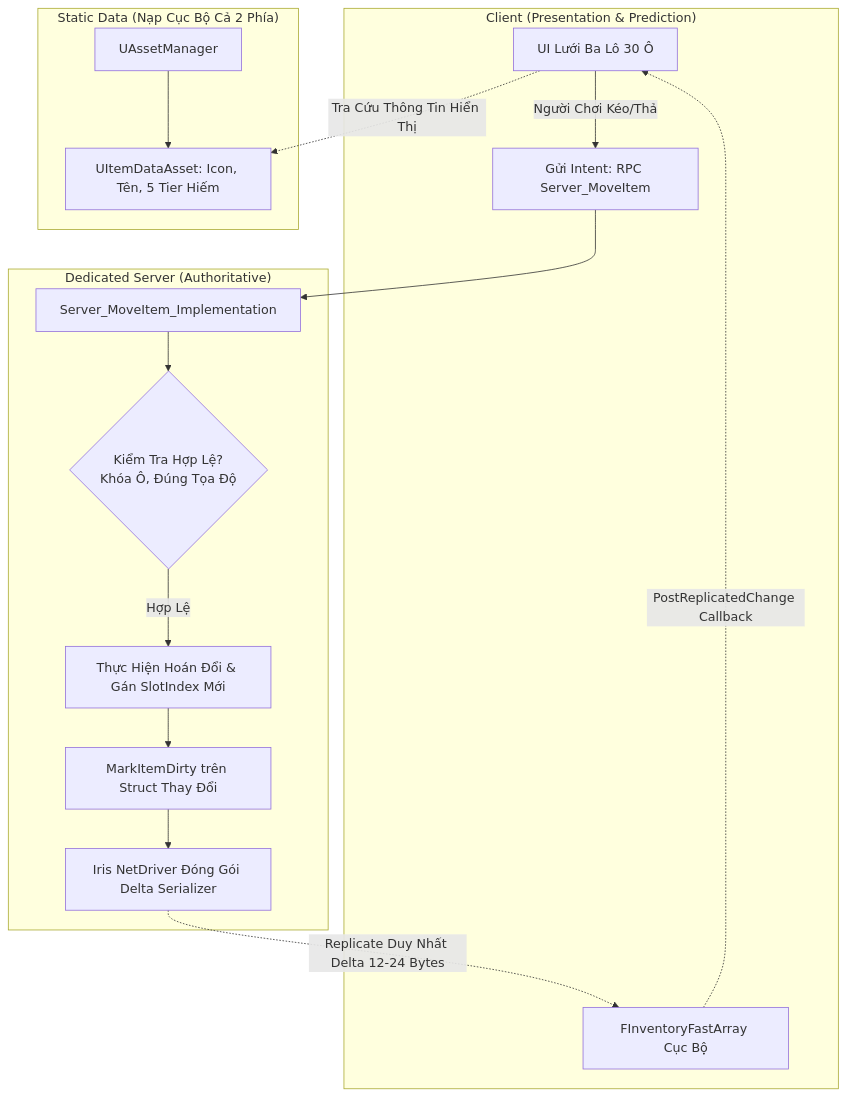
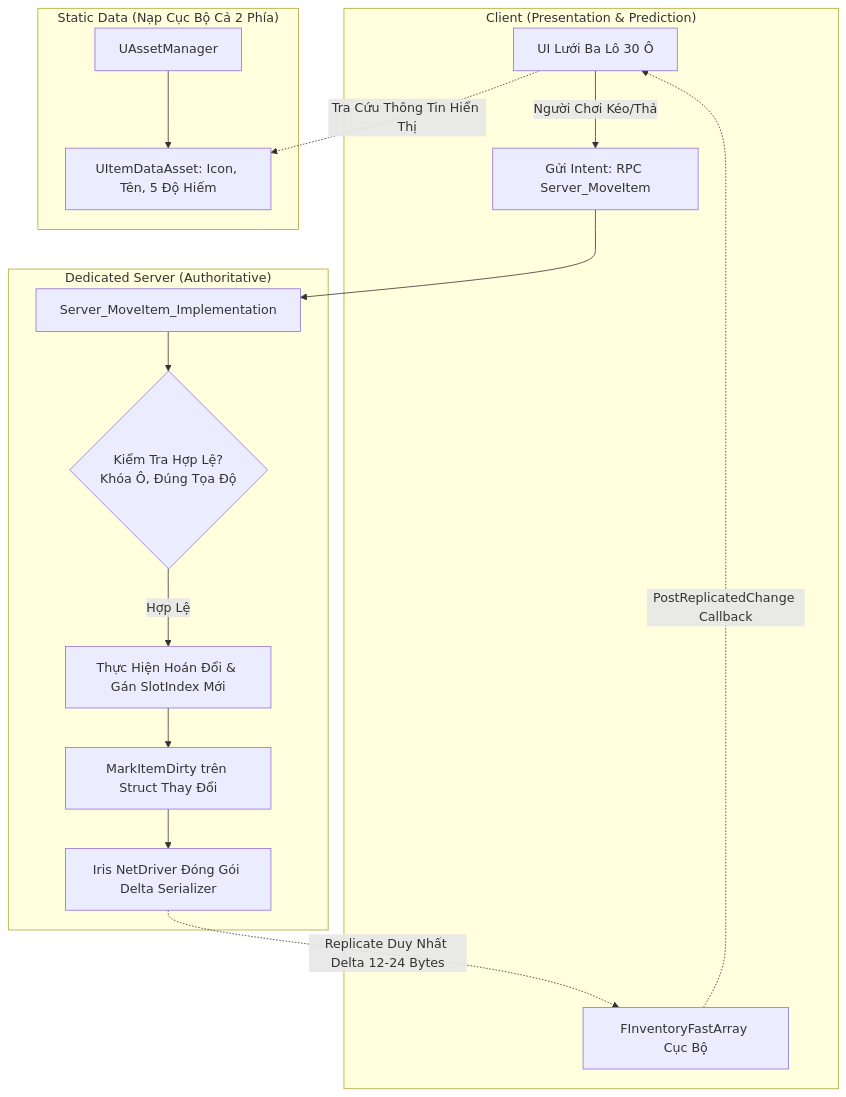
The diagram in docs/architecture/adr-0003-server-authoritative-grid-inventory-fast-array.md (kenzings-ng/ProjectAscendant), drawn with Mermaid before and after one commit. The commit also changed other lines of this file and 1 other file, not shown here.

````diff
--- a/docs/architecture/adr-0003-server-authoritative-grid-inventory-fast-array.md
+++ b/docs/architecture/adr-0003-server-authoritative-grid-inventory-fast-array.md
@@ -52,23 +52,23 @@
 ```mermaid
 flowchart TD
     subgraph Client["Client (Presentation & Prediction)"]
         UI[UI Lưới Ba Lô 30 Ô] -->|Người Chơi Kéo/Thả| Intent[Gửi Intent: RPC Server_MoveItem]
         FastArray_Client[FInventoryFastArray Cục Bộ] -.->|PostReplicatedChange Callback| UI
     end
 
     subgraph Server["Dedicated Server (Authoritative)"]
         Intent --> RPC_Handler[Server_MoveItem_Implementation]
         RPC_Handler --> Validate{Kiểm Tra Hợp Lệ?<br/>Khóa Ô, Đúng Tọa Độ}
         Validate -->|Hợp Lệ| Mutate[Thực Hiện Hoán Đổi & Gán SlotIndex Mới]
         Mutate --> Dirty[MarkItemDirty trên Struct Thay Đổi]
         Dirty --> Iris[Iris NetDriver Đóng Gói Delta Serializer]
     end
 
     Iris -.->|Replicate Duy Nhất Delta 12-24 Bytes| FastArray_Client
     
     subgraph StaticData["Static Data (Nạp Cục Bộ Cả 2 Phía)"]
-        AssetMgr[UAssetManager] --> ItemAsset[UItemDataAsset: Icon, Tên, 5 Tier Hiếm]
+        AssetMgr[UAssetManager] --> ItemAsset[UItemDataAsset: Icon, Tên, 5 Độ Hiếm]
     end
 
     UI -.->|Tra Cứu Thông Tin Hiển Thị| ItemAsset
 ```
````
